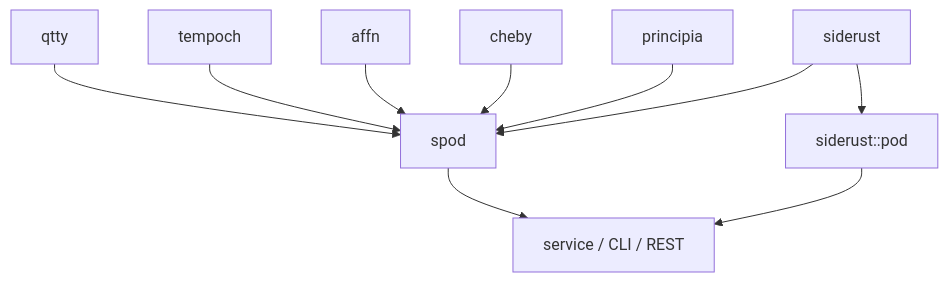
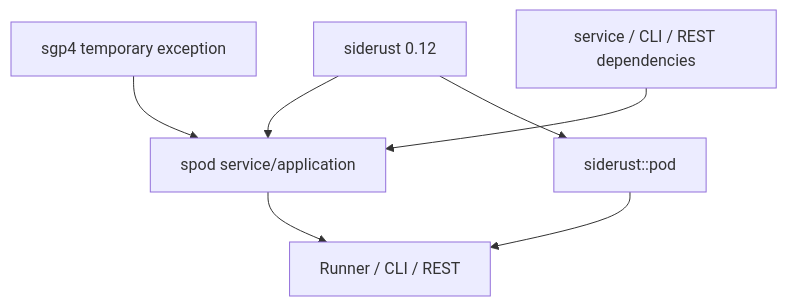
The first of 2 diagrams in docs/architecture/overview.md (VPRamon/spod), drawn with Mermaid before and after one commit. The commit also changed other lines of this file and 15 other files, not shown here.

First line of the commit message:
refactor: consolidate POD service orchestration (#36)

````diff
--- a/docs/architecture/overview.md
+++ b/docs/architecture/overview.md
@@ -16,13 +25,9 @@
 ```mermaid
 flowchart TD
-    QTTY[qtty] --> POD[spod]
-    TEMPOCH[tempoch] --> POD
-    AFFN[affn] --> POD
-    CHEBY[cheby] --> POD
-    PRINCIPIA[principia] --> POD
-    SIDERUST[siderust] --> POD
-
-    POD --> SVC[service / CLI / REST]
+    SIDERUST[siderust 0.12] --> SPOD[spod service/application]
+    SGP4[sgp4 temporary exception] --> SPOD
+    RUNTIME[service / CLI / REST dependencies] --> SPOD
+    SPOD --> SVC[Runner / CLI / REST]
     SIDERUST --> SCIENCE[siderust::pod]
     SCIENCE --> SVC
 ```
````
